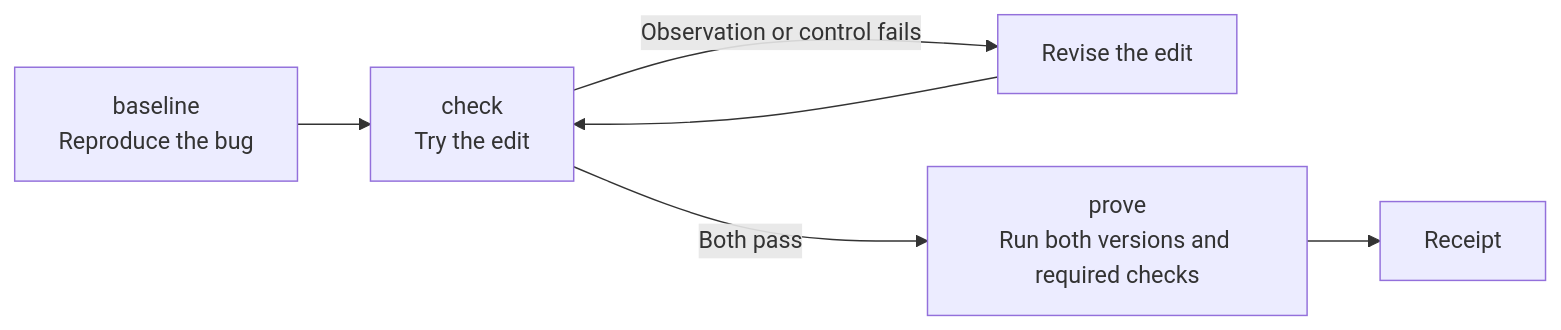
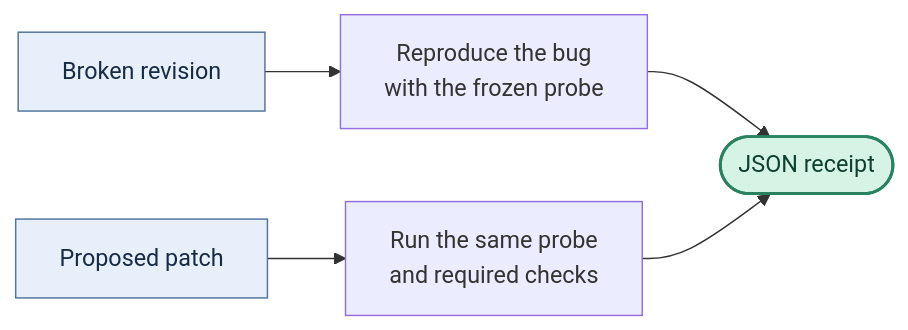
Before and after one commit to rzzli/VERB: the diagram in README.md, drawn with Mermaid. The commit also changed other lines of this file and 16 other files, not shown here.

````diff
--- a/README.md
+++ b/README.md
@@ -7,8 +7,13 @@
 ```mermaid
 flowchart LR
-    A["baseline<br/>Reproduce the bug"] --> B["check<br/>Try the edit"]
-    B -->|Observation or control fails| C["Revise the edit"]
-    C --> B
-    B -->|Both pass| D["prove<br/>Run both versions and required checks"]
-    D --> E["Receipt"]
+    accTitle: How VERB verifies a fix
+    accDescr: The broken revision must reproduce the bug. The patch must satisfy the same frozen probe and its required project checks. Both observations appear in one receipt.
+    base["Broken revision"] --> before["Reproduce the bug<br/>with the frozen probe"]
+    patch["Proposed patch"] --> after["Run the same probe<br/>and required checks"]
+    before --> receipt(["JSON receipt"])
+    after --> receipt
+    classDef source fill:#e7effa,stroke:#52739b,color:#172b46
+    classDef evidence fill:#d5f4e5,stroke:#298260,color:#103f31,stroke-width:2px
+    class base,patch source
+    class receipt evidence
 ```
````
